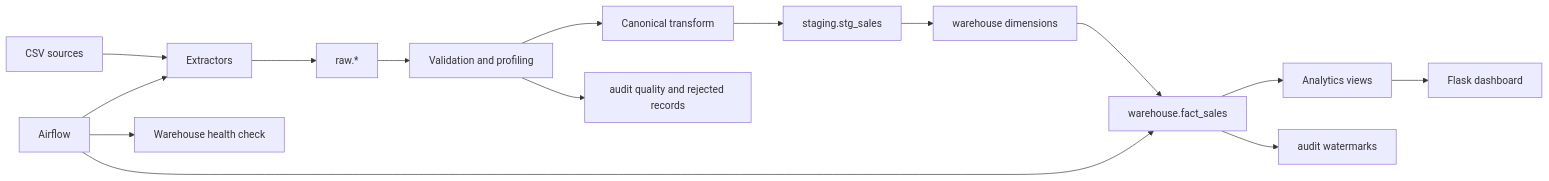
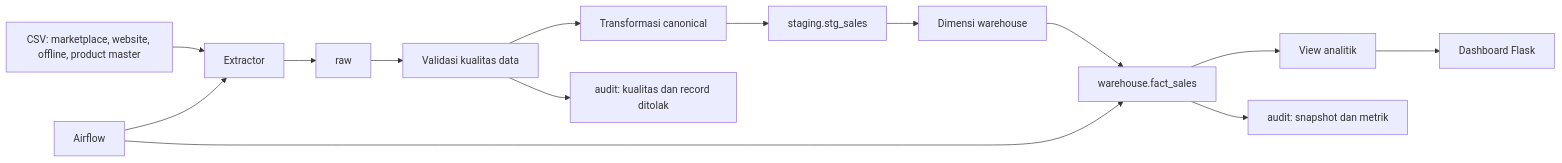
One commit to RinaldiHamzah/arunika-sales-pepeline-end-to-end changed the diagram in docs/architecture.md. Above: the diagram before and after it, drawn with Mermaid. The commit also changed other lines of this file and 62 other files, not shown here.

````diff
--- a/docs/architecture.md
+++ b/docs/architecture.md
@@ -5,17 +5,16 @@
 ```mermaid
 flowchart LR
-	A[CSV sources] --> B[Extractors]
-	B --> C[raw.*]
-	C --> D[Validation and profiling]
-	D --> E[Canonical transform]
-	E --> F[staging.stg_sales]
-	F --> G[warehouse dimensions]
-	G --> H[warehouse.fact_sales]
-	H --> I[Analytics views]
-	I --> J[Flask dashboard]
-	D --> K[audit quality and rejected records]
-	H --> L[audit watermarks]
-	M[Airflow] --> B
-	M --> H
-	M --> N[Warehouse health check]
+    A[CSV: marketplace, website, offline, product master] --> B[Extractor]
+    B --> C[raw]
+    C --> D[Validasi kualitas data]
+    D --> E[Transformasi canonical]
+    E --> F[staging.stg_sales]
+    F --> G[Dimensi warehouse]
+    G --> H[warehouse.fact_sales]
+    H --> I[View analitik]
+    I --> J[Dashboard Flask]
+    D --> K[audit: kualitas dan record ditolak]
+    H --> L[audit: snapshot dan metrik]
+    M[Airflow] --> B
+    M --> H
 ```
````
